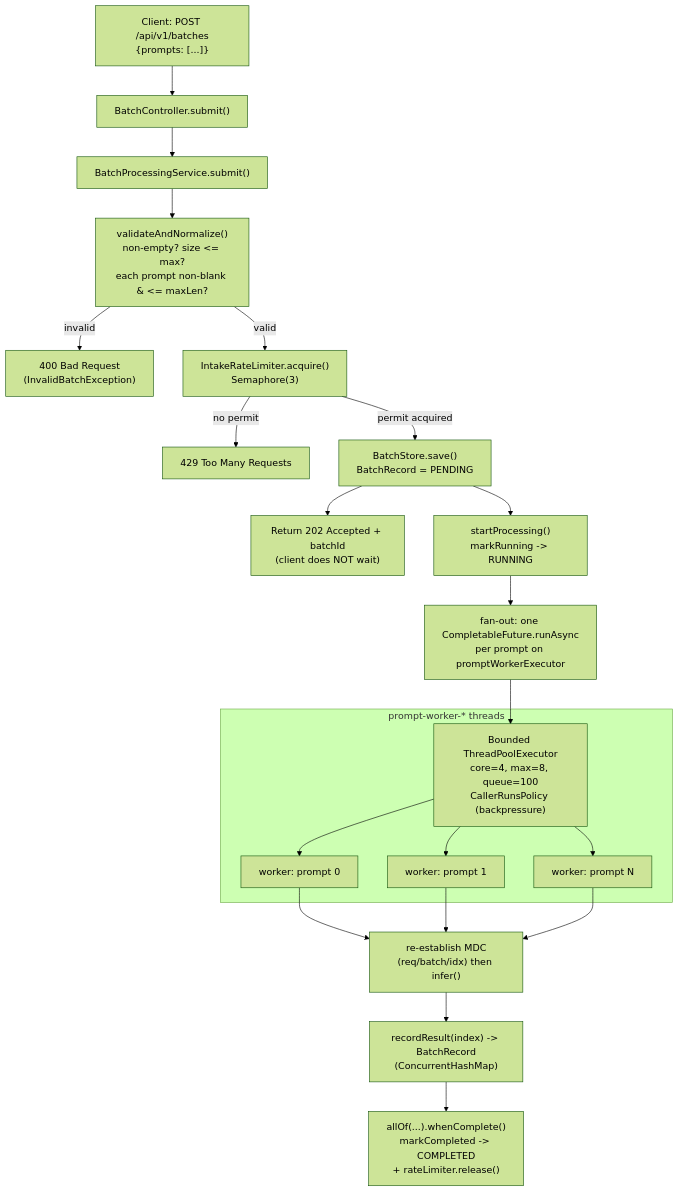
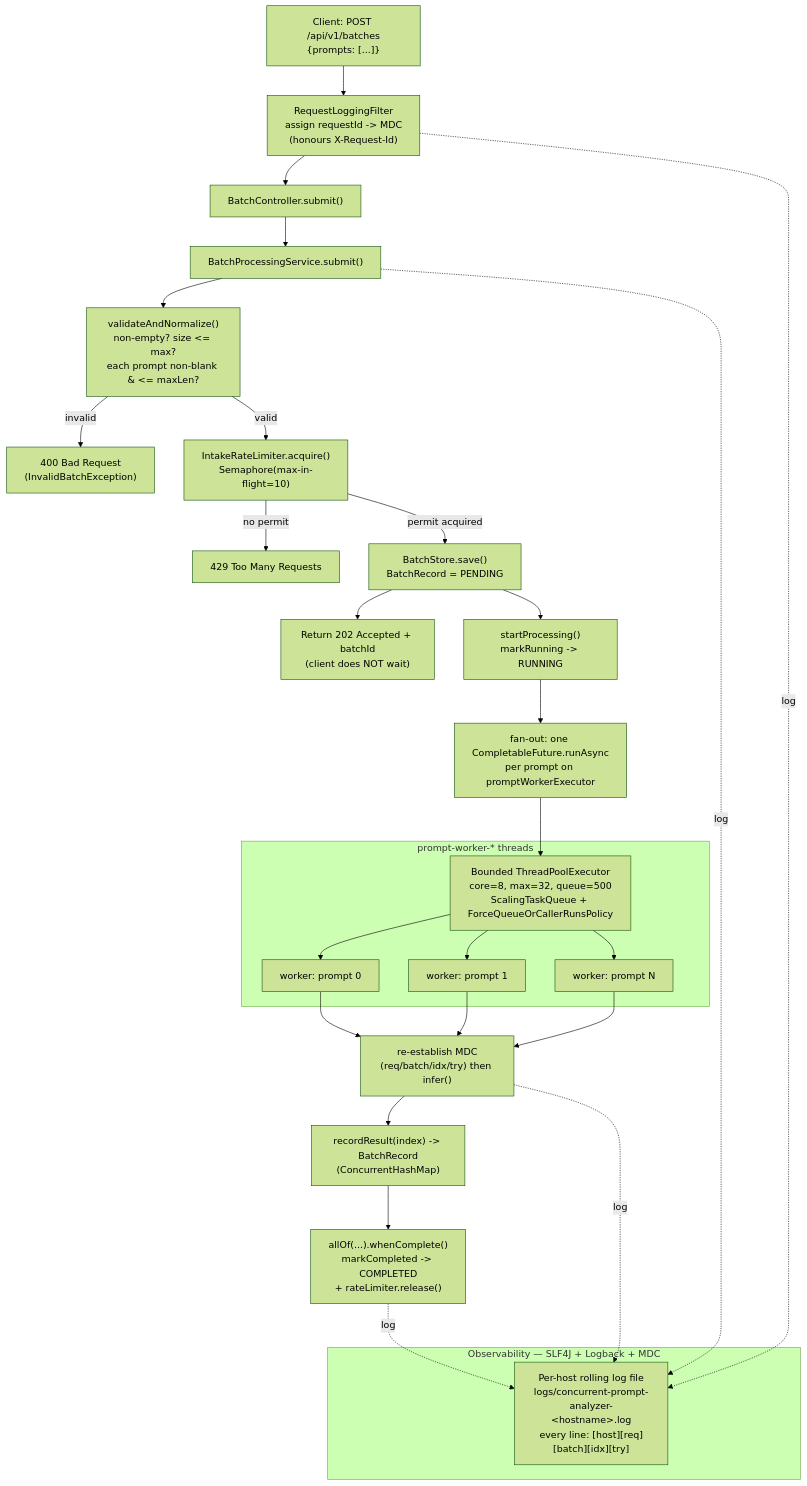
One commit to ABans1/concurrent-prompt-analyzer changed the second of 3 diagrams in ARCHITECTURE.md. Above: the diagram before and after it, drawn with Mermaid (forest theme).

Commit message:
Add observability/logging to data-flow diagram
Show RequestLoggingFilter + MDC and the per-host Logback file as dotted
log side-effects, and refresh stale rate-limit/pool values in the diagram.

````diff
--- a/ARCHITECTURE.md
+++ b/ARCHITECTURE.md
@@ -141,32 +141,42 @@
 ```mermaid
 flowchart TD
-    A["Client: POST /api/v1/batches<br/>{prompts: [...]}"] --> B["BatchController.submit()"]
+    A["Client: POST /api/v1/batches<br/>{prompts: [...]}"] --> LF["RequestLoggingFilter<br/>assign requestId -> MDC<br/>(honours X-Request-Id)"]
+    LF --> B["BatchController.submit()"]
     B --> C["BatchProcessingService.submit()"]
 
     C --> D["validateAndNormalize()<br/>non-empty? size <= max?<br/>each prompt non-blank & <= maxLen?"]
     D -->|invalid| E["400 Bad Request<br/>(InvalidBatchException)"]
 
-    D -->|valid| F["IntakeRateLimiter.acquire()<br/>Semaphore(3)"]
+    D -->|valid| F["IntakeRateLimiter.acquire()<br/>Semaphore(max-in-flight=10)"]
     F -->|no permit| G["429 Too Many Requests"]
 
     F -->|permit acquired| H["BatchStore.save()<br/>BatchRecord = PENDING"]
     H --> I["Return 202 Accepted + batchId<br/>(client does NOT wait)"]
 
     H --> J["startProcessing()<br/>markRunning -> RUNNING"]
     J --> K["fan-out: one CompletableFuture.runAsync<br/>per prompt on promptWorkerExecutor"]
 
-    K --> P["Bounded ThreadPoolExecutor<br/>core=4, max=8, queue=100<br/>CallerRunsPolicy (backpressure)"]
+    K --> P["Bounded ThreadPoolExecutor<br/>core=8, max=32, queue=500<br/>ScalingTaskQueue + ForceQueueOrCallerRunsPolicy"]
 
     subgraph WORKERS["prompt-worker-* threads"]
         P --> W1["worker: prompt 0"]
         P --> W2["worker: prompt 1"]
         P --> W3["worker: prompt N"]
     end
 
-    W1 --> X["re-establish MDC<br/>(req/batch/idx) then infer()"]
+    W1 --> X["re-establish MDC<br/>(req/batch/idx/try) then infer()"]
     W2 --> X
     W3 --> X
 
     X --> R["recordResult(index) -> BatchRecord<br/>(ConcurrentHashMap)"]
     R --> Y["allOf(...).whenComplete()<br/>markCompleted -> COMPLETED<br/>+ rateLimiter.release()"]
+
+    subgraph OBS["Observability — SLF4J + Logback + MDC"]
+        LOG["Per-host rolling log file<br/>logs/concurrent-prompt-analyzer-&lt;hostname&gt;.log<br/>every line: [host][req][batch][idx][try]"]
+    end
+
+    LF -. log .-> LOG
+    C -. log .-> LOG
+    X -. log .-> LOG
+    Y -. log .-> LOG
 ```
````
